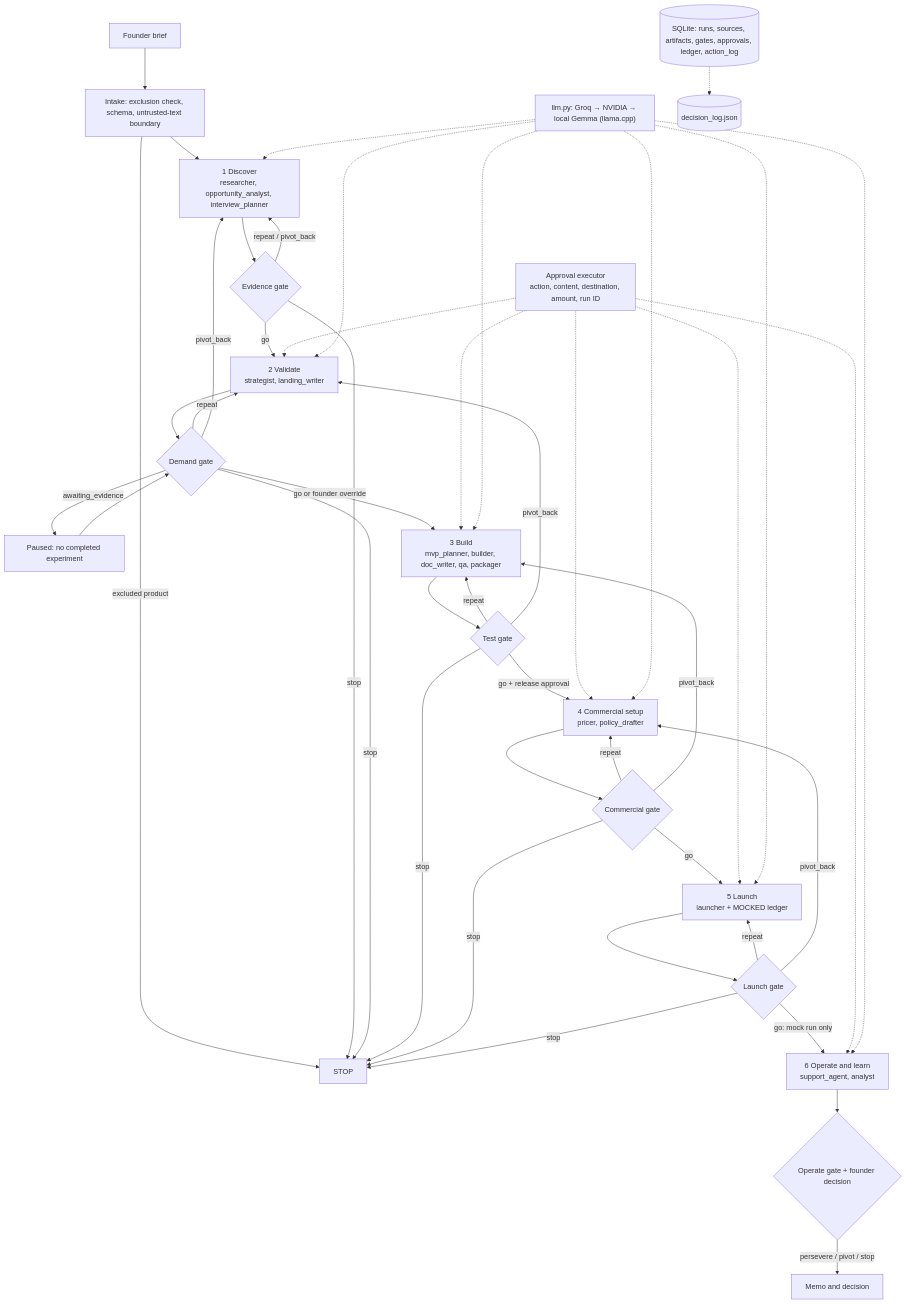
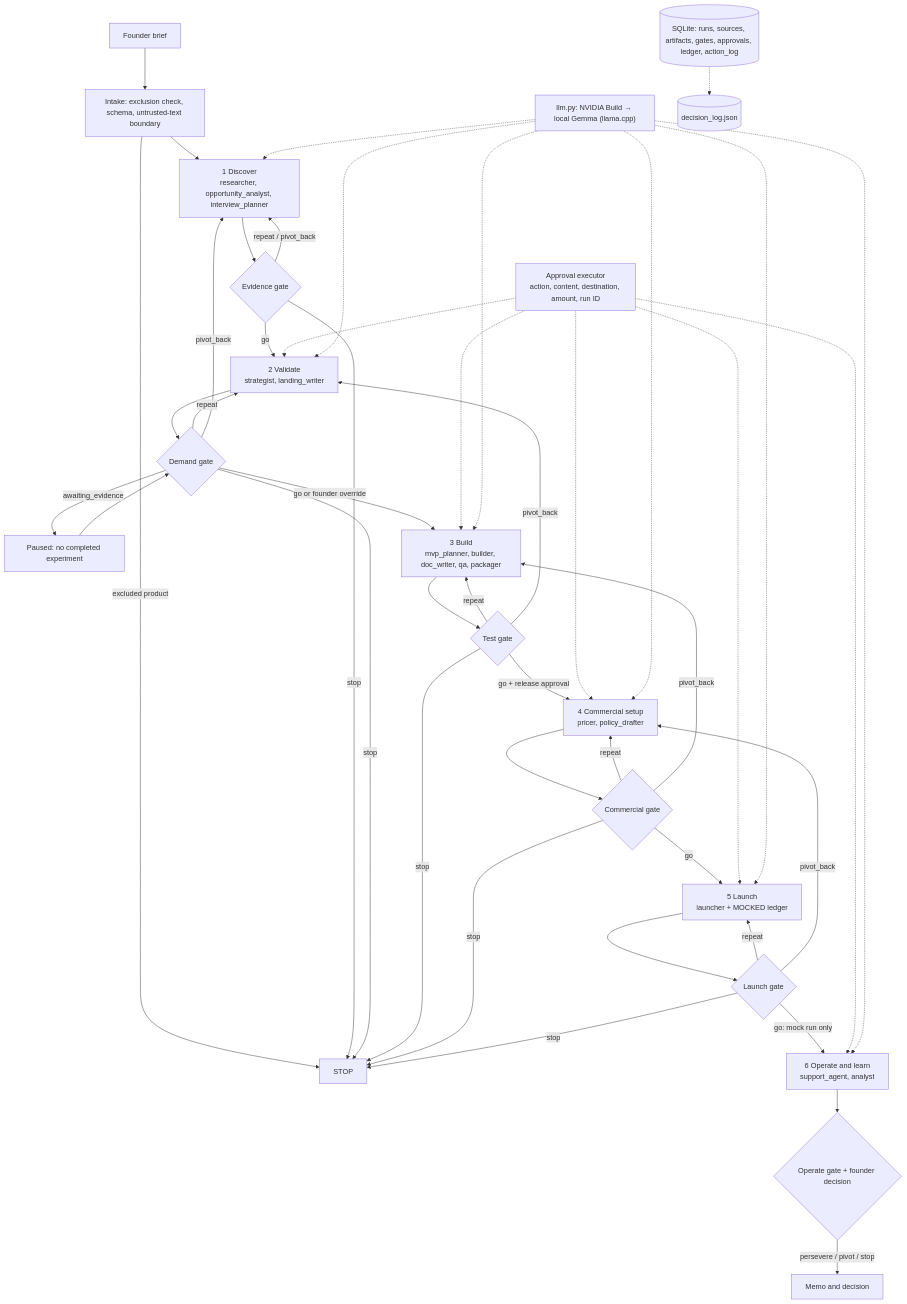
One commit to kareemelramly/MADS-CSEA-AI-Hackathon changed the first of 4 diagrams in ARCHITECTURE.md. Above: the diagram before and after it, drawn with Mermaid. The commit also changed other lines of this file and 37 other files, not shown here.

````diff
--- a/ARCHITECTURE.md
+++ b/ARCHITECTURE.md
@@ -9,37 +9,37 @@
 ```mermaid
 flowchart TD
     F["Founder brief"] --> I["Intake: exclusion check, schema, untrusted-text boundary"]
     I -->|excluded product| S["STOP"]
     I --> P1["1 Discover<br/>researcher, opportunity_analyst, interview_planner"]
     P1 --> G1{"Evidence gate"}
     G1 -->|go| P2["2 Validate<br/>strategist, landing_writer"]
     G1 -->|repeat / pivot_back| P1
     G1 -->|stop| S
     P2 --> G2{"Demand gate"}
     G2 -->|awaiting_evidence| W["Paused: no completed experiment"]
     W --> G2
     G2 -->|go or founder override| P3["3 Build<br/>mvp_planner, builder, doc_writer, qa, packager"]
     G2 -->|repeat| P2
     G2 -->|pivot_back| P1
     G2 -->|stop| S
     P3 --> G3{"Test gate"}
     G3 -->|go + release approval| P4["4 Commercial setup<br/>pricer, policy_drafter"]
     G3 -->|repeat| P3
     G3 -->|pivot_back| P2
     G3 -->|stop| S
     P4 --> G4{"Commercial gate"}
     G4 -->|go| P5["5 Launch<br/>launcher + MOCKED ledger"]
     G4 -->|repeat| P4
     G4 -->|pivot_back| P3
     G4 -->|stop| S
     P5 --> G5{"Launch gate"}
     G5 -->|go: mock run only| P6["6 Operate and learn<br/>support_agent, analyst"]
     G5 -->|repeat| P5
     G5 -->|pivot_back| P4
     G5 -->|stop| S
     P6 --> G6{"Operate gate + founder decision"}
     G6 -->|persevere / pivot / stop| E["Memo and decision"]
     X["Approval executor<br/>action, content, destination, amount, run ID"] -.-> P2 & P3 & P4 & P5 & P6
-    L["llm.py: Groq → NVIDIA → local Gemma (llama.cpp)"] -.-> P1 & P2 & P3 & P4 & P5 & P6
+    L["llm.py: NVIDIA Build → local Gemma (llama.cpp)"] -.-> P1 & P2 & P3 & P4 & P5 & P6
     D[("SQLite: runs, sources, artifacts, gates, approvals, ledger, action_log")] -.-> J[("decision_log.json")]
 ```
````
